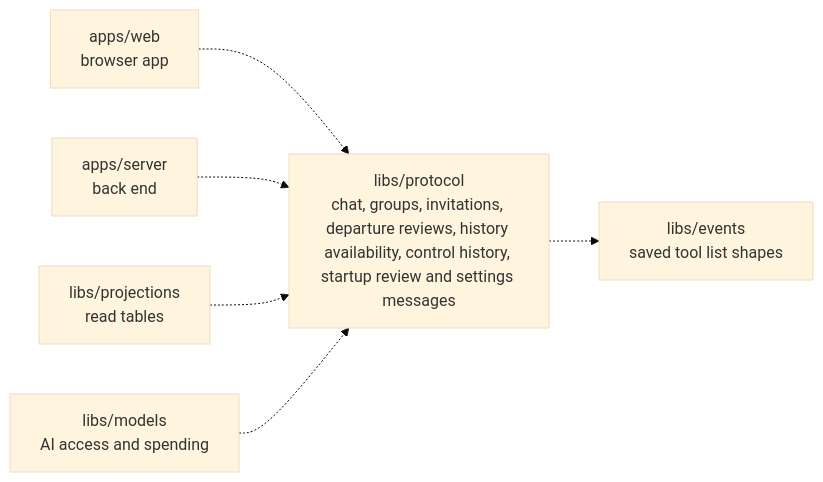
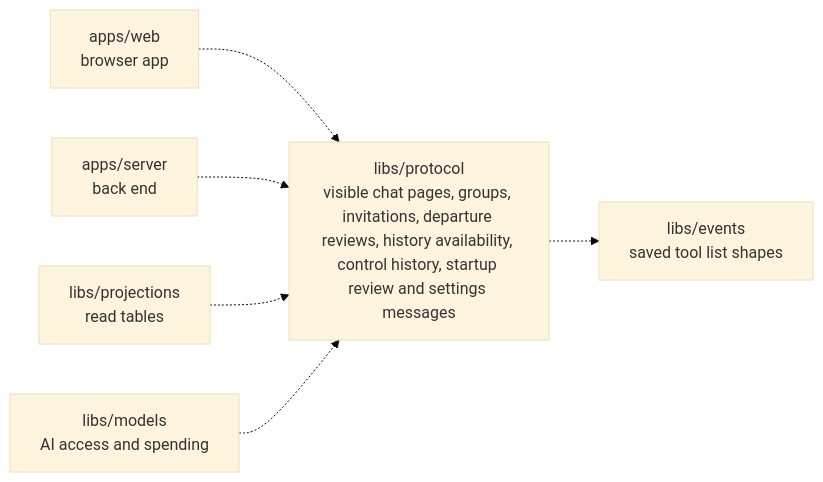
One commit to elewa-git/opencrane-new changed the diagram in libs/protocol/README.md. Above: the diagram before and after it, drawn with Mermaid (base theme). The commit also changed other lines of this file and 18 other files, not shown here.

````diff
--- a/libs/protocol/README.md
+++ b/libs/protocol/README.md
@@ -11,8 +11,8 @@
 ```mermaid
 flowchart LR
-  web["apps/web<br/>browser app"] -.-> protocol["libs/protocol<br/>chat, groups, invitations, departure reviews, history availability, control history, startup review and settings messages"]
+  web["apps/web<br/>browser app"] -.-> protocol["libs/protocol<br/>visible chat pages, groups, invitations, departure reviews, history availability, control history, startup review and settings messages"]
   server["apps/server<br/>back end"] -.-> protocol
   projections["libs/projections<br/>read tables"] -.-> protocol
   models["libs/models<br/>AI access and spending"] -.-> protocol
   protocol -.-> events["libs/events<br/>saved tool list shapes"]
 ```
````
